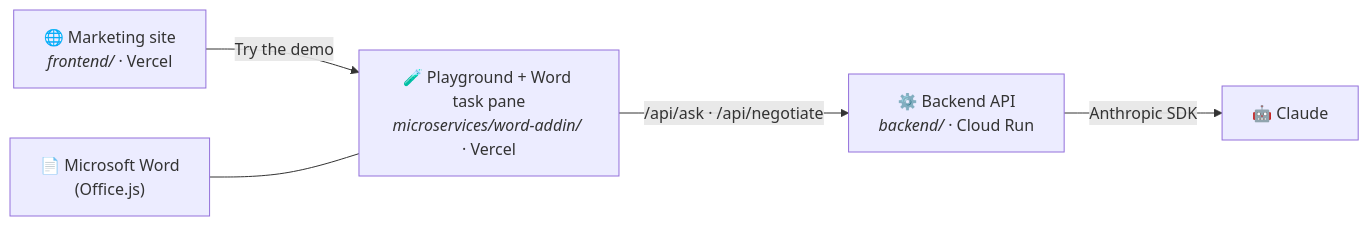
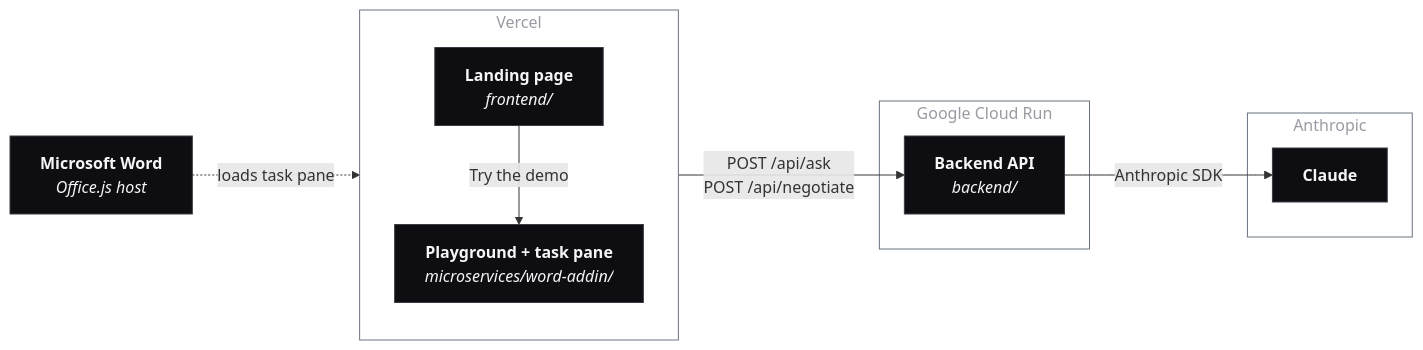
Before and after one commit to markbuckle/clausekit: the diagram in README.md, drawn with Mermaid. The commit also changed other lines of this file, not shown here.

````diff
--- a/README.md
+++ b/README.md
@@ -35,7 +35,28 @@
 ```mermaid
 flowchart LR
-    A["🌐 Marketing site<br/><i>frontend/</i> · Vercel"] -->|Try the demo| B["🧪 Playground + Word task pane<br/><i>microservices/word-addin/</i> · Vercel"]
-    W["📄 Microsoft Word<br/>(Office.js)"] --- B
-    B -->|"/api/ask · /api/negotiate"| C["⚙️ Backend API<br/><i>backend/</i> · Cloud Run"]
-    C -->|Anthropic SDK| D["🤖 Claude"]
+    subgraph vercel["Vercel"]
+        direction TB
+        A["<b>Landing page</b><br/><i>frontend/</i>"]
+        B["<b>Playground + task pane</b><br/><i>microservices/word-addin/</i>"]
+    end
+
+    subgraph gcr["Google Cloud Run"]
+        C["<b>Backend API</b><br/><i>backend/</i>"]
+    end
+
+    subgraph anthropic["Anthropic"]
+        D["<b>Claude</b>"]
+    end
+
+    W["<b>Microsoft Word</b><br/><i>Office.js host</i>"]
+
+    A -- "Try the demo" --> B
+    W -.->|loads task pane| B
+    B -- "POST /api/ask<br/>POST /api/negotiate" --> C
+    C -- "Anthropic SDK" --> D
+
+    classDef node fill:#0e0e12,stroke:#3a3a44,color:#f5f5f6
+    classDef box fill:transparent,stroke:#6b7280,color:#9a9aa4
+    class A,B,C,D,W node
+    class vercel,gcr,anthropic box
 ```
````
